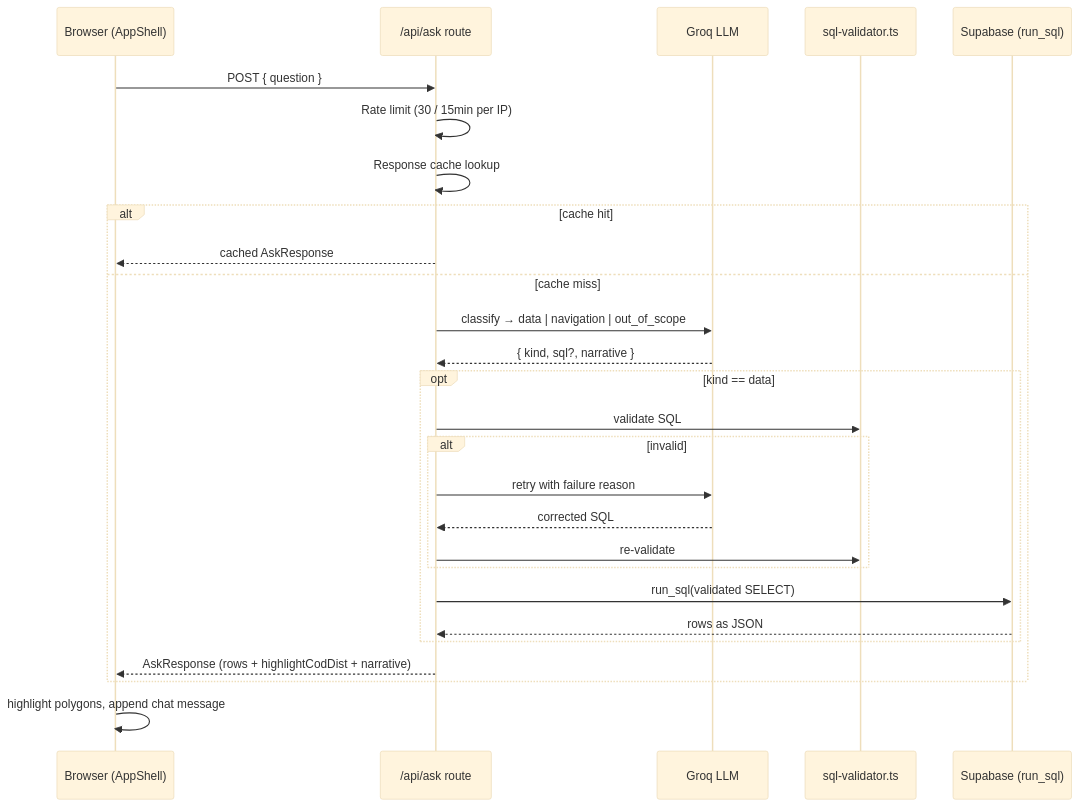
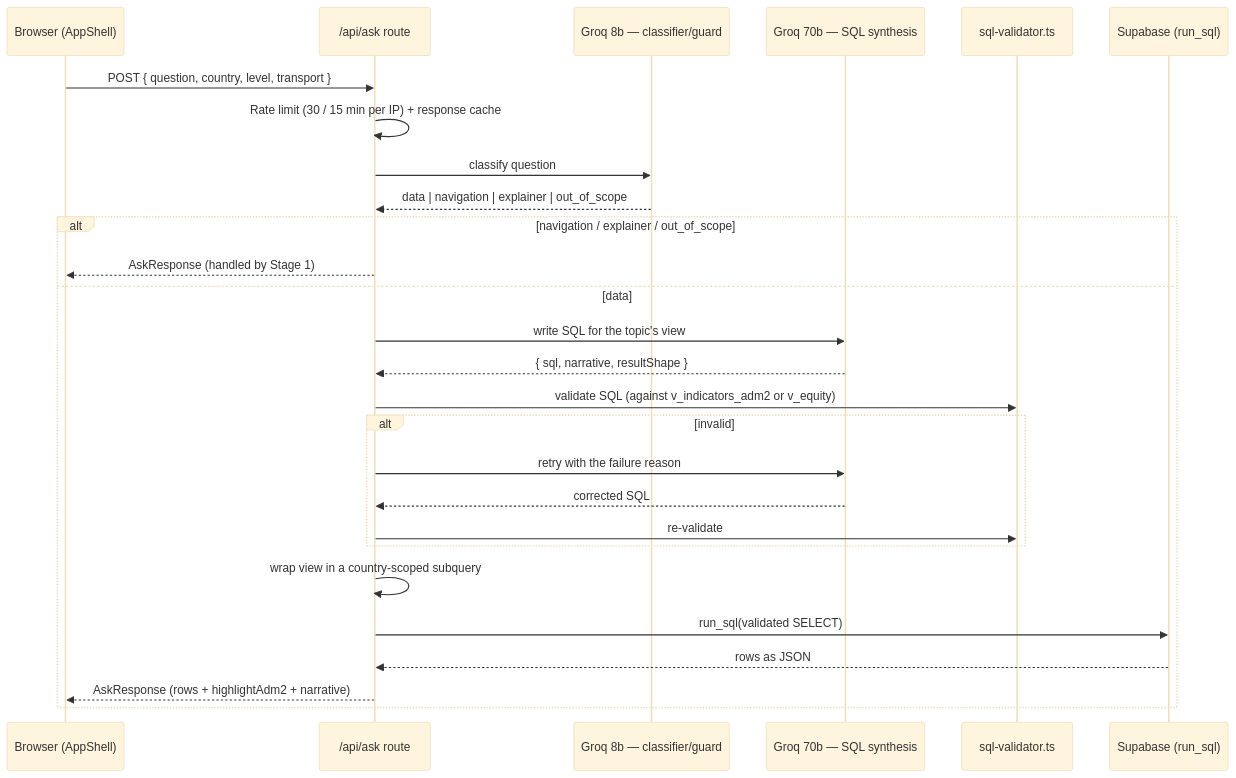
Before and after one commit to AngelaLop/eduaccess-lac: the second of 4 diagrams in docs/ARCHITECTURE.md, drawn with Mermaid (base theme). The commit also changed other lines of this file and 2 other files, not shown here.

First line of the commit message:
v4: refresh README + architecture docs, add v4 summary

````diff
--- a/docs/ARCHITECTURE.md
+++ b/docs/ARCHITECTURE.md
@@ -71,30 +122,30 @@
 ```mermaid
 sequenceDiagram
     participant U as Browser (AppShell)
     participant A as /api/ask route
-    participant L as Groq LLM
+    participant G as Groq 8b — classifier/guard
+    participant B as Groq 70b — SQL synthesis
     participant V as sql-validator.ts
     participant S as Supabase (run_sql)
 
-    U->>A: POST { question }
-    A->>A: Rate limit (30 / 15min per IP)
-    A->>A: Response cache lookup
-    alt cache hit
-        A-->>U: cached AskResponse
-    else cache miss
-        A->>L: classify → data | navigation | out_of_scope
-        L-->>A: { kind, sql?, narrative }
-        opt kind == data
-            A->>V: validate SQL
-            alt invalid
-                A->>L: retry with failure reason
-                L-->>A: corrected SQL
-                A->>V: re-validate
-            end
-            A->>S: run_sql(validated SELECT)
-            S-->>A: rows as JSON
+    U->>A: POST { question, country, level, transport }
+    A->>A: Rate limit (30 / 15 min per IP) + response cache
+    A->>G: classify question
+    G-->>A: data | navigation | explainer | out_of_scope
+    alt navigation / explainer / out_of_scope
+        A-->>U: AskResponse (handled by Stage 1)
+    else data
+        A->>B: write SQL for the topic's view
+        B-->>A: { sql, narrative, resultShape }
+        A->>V: validate SQL (against v_indicators_adm2 or v_equity)
+        alt invalid
+            A->>B: retry with the failure reason
+            B-->>A: corrected SQL
+            A->>V: re-validate
         end
-        A-->>U: AskResponse (rows + highlightCodDist + narrative)
+        A->>A: wrap view in a country-scoped subquery
+        A->>S: run_sql(validated SELECT)
+        S-->>A: rows as JSON
+        A-->>U: AskResponse (rows + highlightAdm2 + narrative)
     end
-    U->>U: highlight polygons, append chat message
 ```
````
